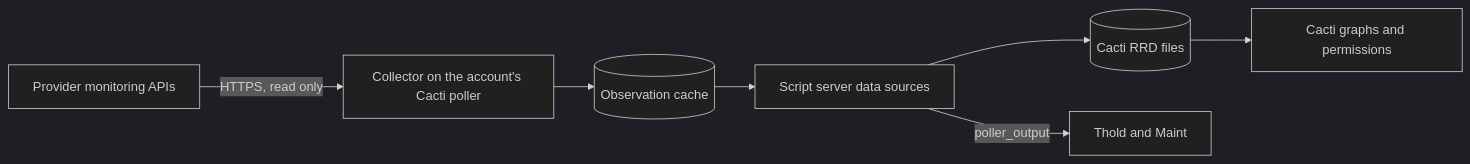
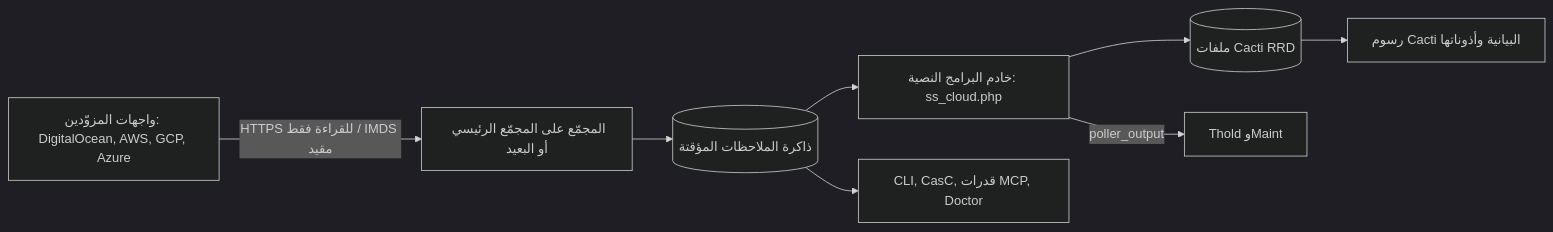
Before and after one commit to somethingwithproof/plugin_cloud: the diagram in docs/i18n/ar-SA/README.md, drawn with Mermaid (dark theme). The commit also changed other lines of this file and 48 other files, not shown here.

First line of the commit message:
docs(readme): document AWS, GCP, Azure drivers, remote collectors, and ecosystem hooks

````diff
--- a/docs/i18n/ar-SA/README.md
+++ b/docs/i18n/ar-SA/README.md
@@ -109,9 +148,10 @@
 ```mermaid
 flowchart LR
-    API[Provider monitoring APIs] -->|HTTPS, read only| C[Collector on the account's Cacti poller]
-    C --> O[(Observation cache)]
-    O --> SS[Script server data sources]
-    SS --> RRD[(Cacti RRD files)]
-    SS -->|poller_output| T[Thold and Maint]
-    RRD --> G[Cacti graphs and permissions]
+    API["واجهات المزوّدين: DigitalOcean, AWS, GCP, Azure"] -->|HTTPS للقراءة فقط / IMDS مقيد| C["المجمّع على المجمّع الرئيسي أو البعيد"]
+    C --> O[(ذاكرة الملاحظات المؤقتة)]
+    O --> SS["خادم البرامج النصية: ss_cloud.php"]
+    SS --> RRD[(ملفات Cacti RRD)]
+    SS -->|poller_output| T[Thold وMaint]
+    RRD --> G[رسوم Cacti البيانية وأذوناتها]
+    O --> ECO["CLI, CasC, قدرات MCP, Doctor"]
 ```
````
